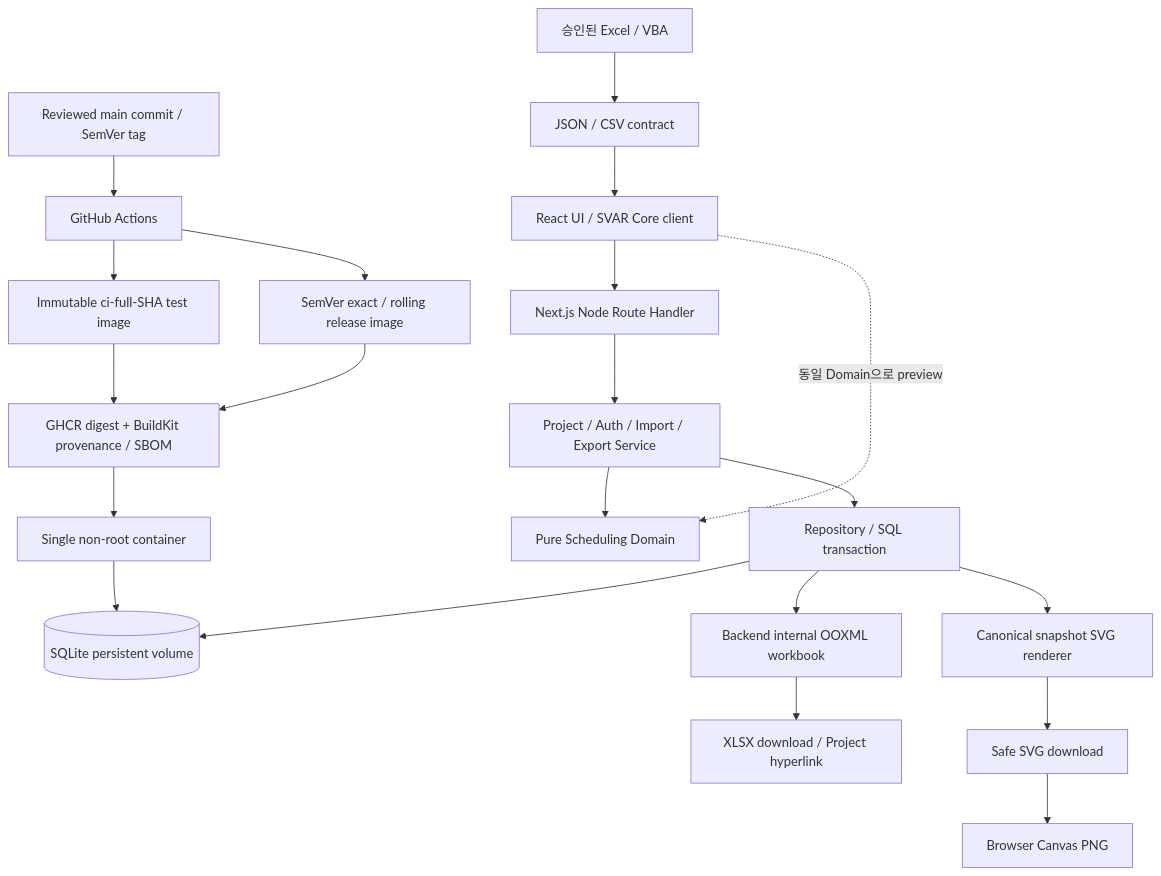
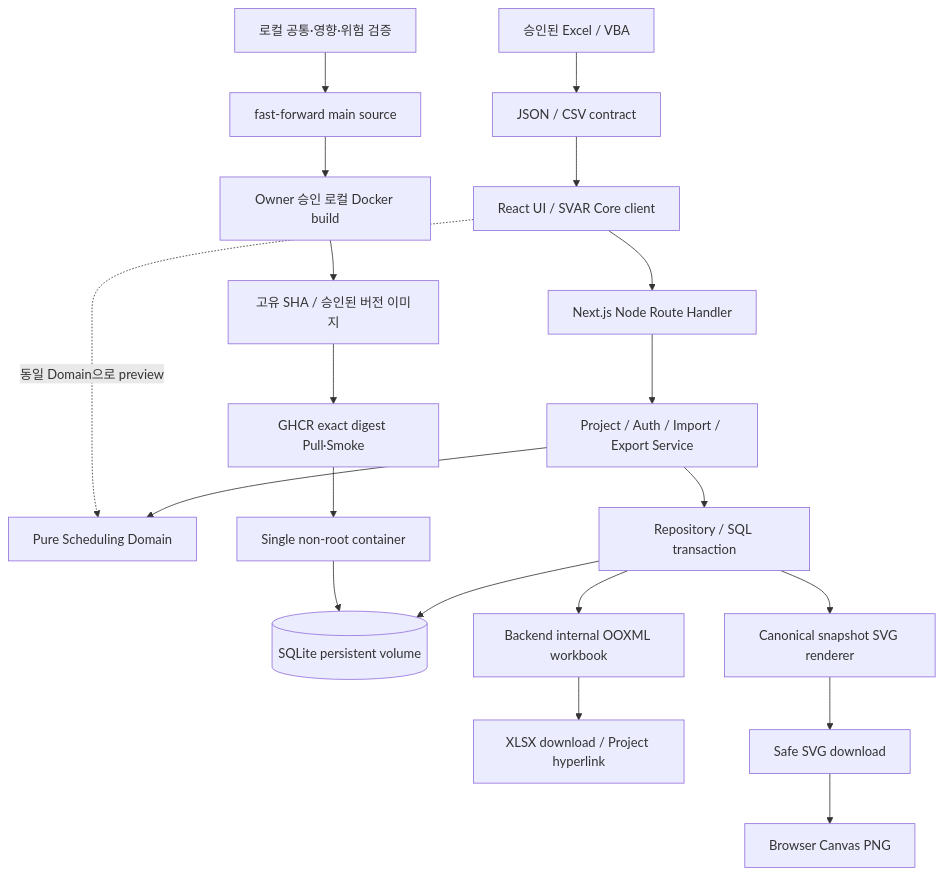
Before and after one commit to planner77/masterGantt: the diagram in docs/ARCHITECTURE.md, drawn with Mermaid. The commit also changed other lines of this file and 92 other files, not shown here.

````diff
--- a/docs/ARCHITECTURE.md
+++ b/docs/ARCHITECTURE.md
@@ -342,23 +342,22 @@
 ```mermaid
 flowchart TD
   Browser[React UI / SVAR Core client] --> API[Next.js Node Route Handler]
   API --> Service[Project / Auth / Import / Export Service]
   Service --> Domain[Pure Scheduling Domain]
   Service --> Repo[Repository / SQL transaction]
   Repo --> DB[(SQLite persistent volume)]
-  Git[Reviewed main commit / SemVer tag] --> Actions[GitHub Actions]
-  Actions --> CommitImage[Immutable ci-full-SHA test image]
-  Actions --> ReleaseImage[SemVer exact / rolling release image]
-  CommitImage --> GHCR[GHCR digest + BuildKit provenance / SBOM]
-  ReleaseImage --> GHCR
+  LocalGate[로컬 공통·영향·위험 검증] --> Git[fast-forward main source]
+  Git --> LocalDocker[Owner 승인 로컬 Docker build]
+  LocalDocker --> Image[고유 SHA / 승인된 버전 이미지]
+  Image --> GHCR[GHCR exact digest Pull·Smoke]
   GHCR --> Runtime[Single non-root container]
   Runtime --> DB
   Browser -. 동일 Domain으로 preview .-> Domain
   Excel[승인된 Excel / VBA] --> File[JSON / CSV contract]
   File --> Browser
   Repo --> Export[Backend internal OOXML workbook]
   Export --> XLSX[XLSX download / Project hyperlink]
   Repo --> SvgExport[Canonical snapshot SVG renderer]
   SvgExport --> SVG[Safe SVG download]
   SVG --> PNG[Browser Canvas PNG]
 ```
````
